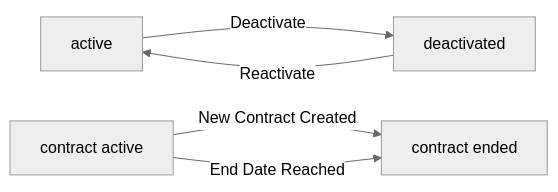
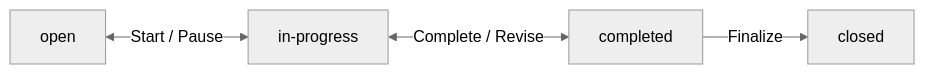
Before and after one commit to wrtnlabs/autobe-examples: the seventh of 7 diagrams in qwen/qwen3.5-397b-a17b/erp/docs/analysis/02-domain-model.md, drawn with Mermaid (neutral theme). The commit also changed other lines of this file and 9017 other files, not shown here.

````diff
--- a/qwen/qwen3.5-397b-a17b/erp/docs/analysis/02-domain-model.md
+++ b/qwen/qwen3.5-397b-a17b/erp/docs/analysis/02-domain-model.md
@@ -731,7 +998,6 @@
 ```mermaid
 flowchart LR
-    A["active"] -->|"Deactivate"| B["deactivated"]
-    B -->|"Reactivate"| A
-    C["contract active"] -->|"New Contract Created"| D["contract ended"]
-    C -->|"End Date Reached"| D
+    A["open"] <-->|"Start / Pause"| B["in-progress"]
+    B <-->|"Complete / Revise"| C["completed"]
+    C -->|"Finalize"| D["closed"]
 ```
````
